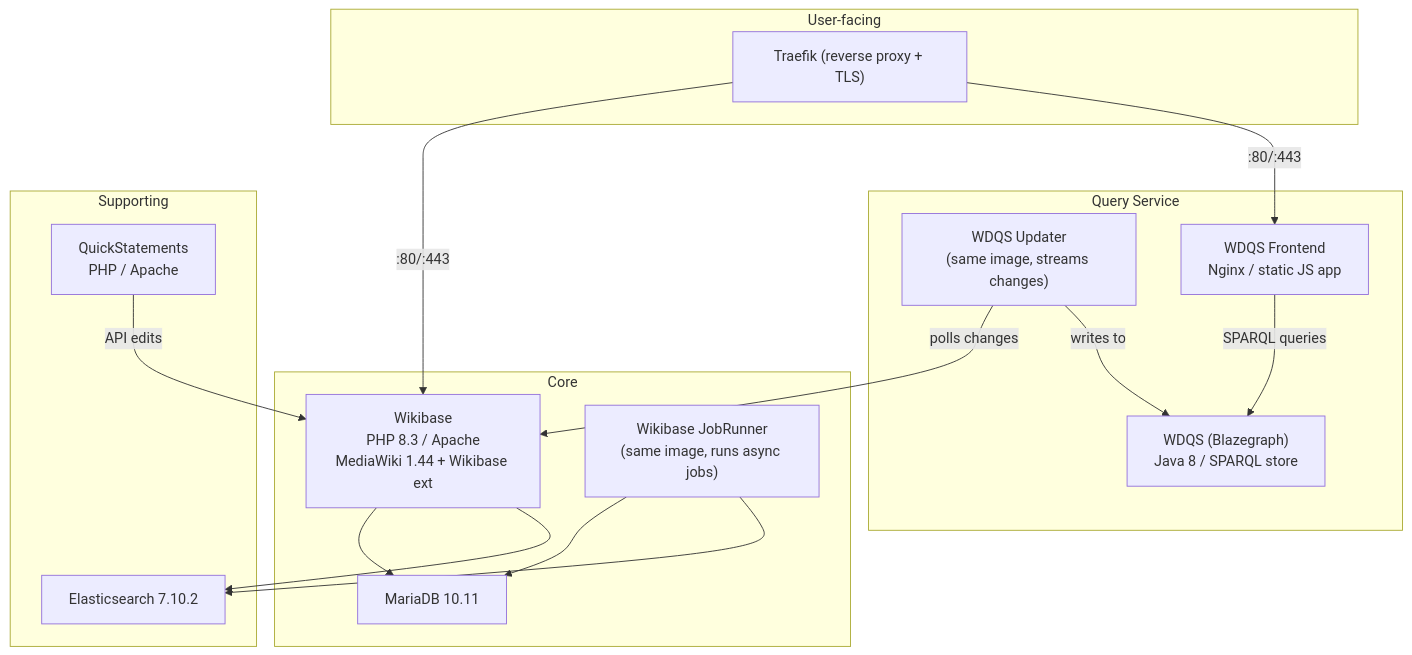
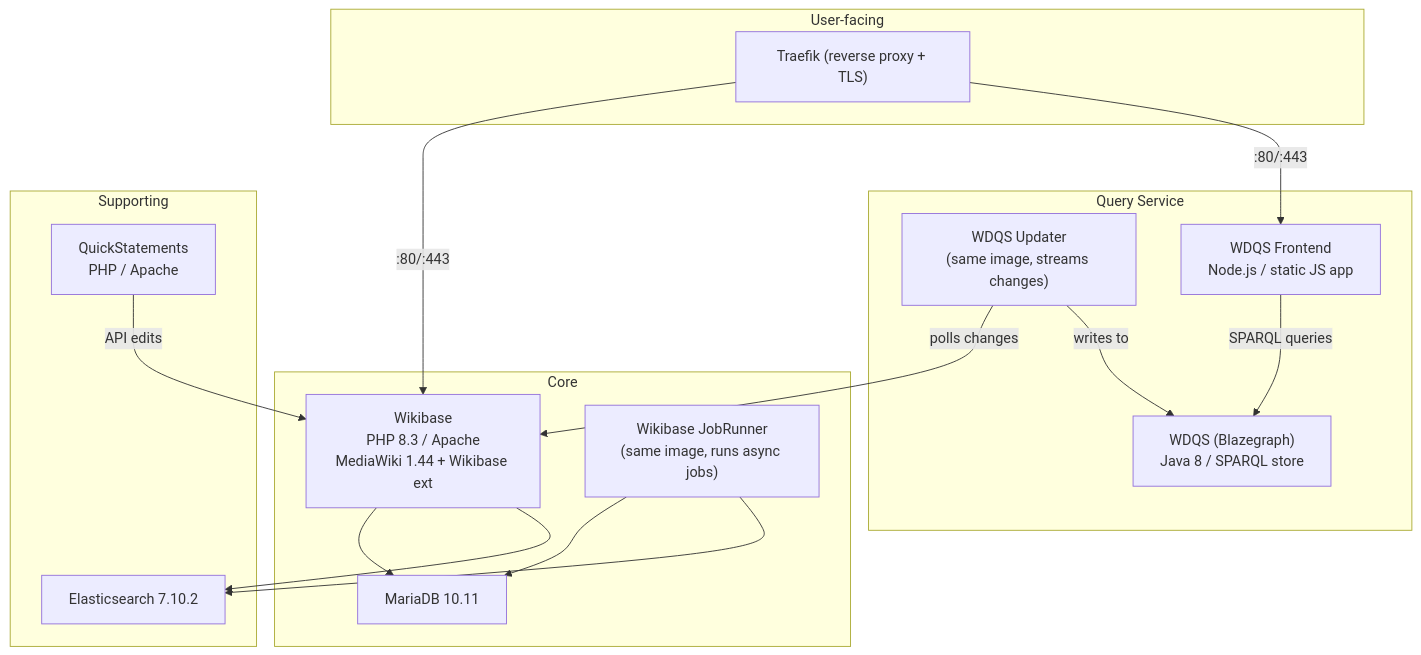
The diagram in README.md (platformista/wikibase), drawn with Mermaid before and after one commit. The commit also changed other lines of this file, not shown here.

````diff
--- a/README.md
+++ b/README.md
@@ -7,34 +7,34 @@
 ```mermaid
 graph TD
     subgraph "User-facing"
         Traefik["Traefik (reverse proxy + TLS)"]
     end
 
     subgraph "Core"
         WB["Wikibase<br/>PHP 8.3 / Apache<br/>MediaWiki 1.44 + Wikibase ext"]
         JR["Wikibase JobRunner<br/>(same image, runs async jobs)"]
         MySQL["MariaDB 10.11"]
     end
 
     subgraph "Query Service"
         WDQS["WDQS (Blazegraph)<br/>Java 8 / SPARQL store"]
         WDQSUpdater["WDQS Updater<br/>(same image, streams changes)"]
-        WDQSFrontend["WDQS Frontend<br/>Nginx / static JS app"]
+        WDQSFrontend["WDQS Frontend<br/>Node.js / static JS app"]
     end
 
     subgraph "Supporting"
         ES["Elasticsearch 7.10.2"]
         QS["QuickStatements<br/>PHP / Apache"]
     end
 
     Traefik -->|":80/:443"| WB
     Traefik -->|":80/:443"| WDQSFrontend
     WB --> MySQL
     WB --> ES
     JR --> MySQL
     JR --> ES
     WDQSUpdater -->|"polls changes"| WB
     WDQSUpdater -->|"writes to"| WDQS
     WDQSFrontend -->|"SPARQL queries"| WDQS
     QS -->|"API edits"| WB
 ```
````
